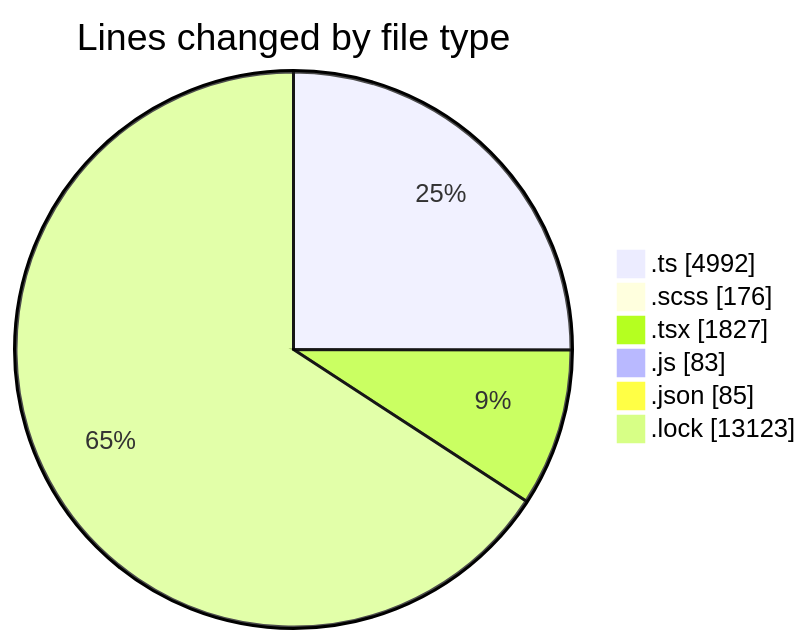
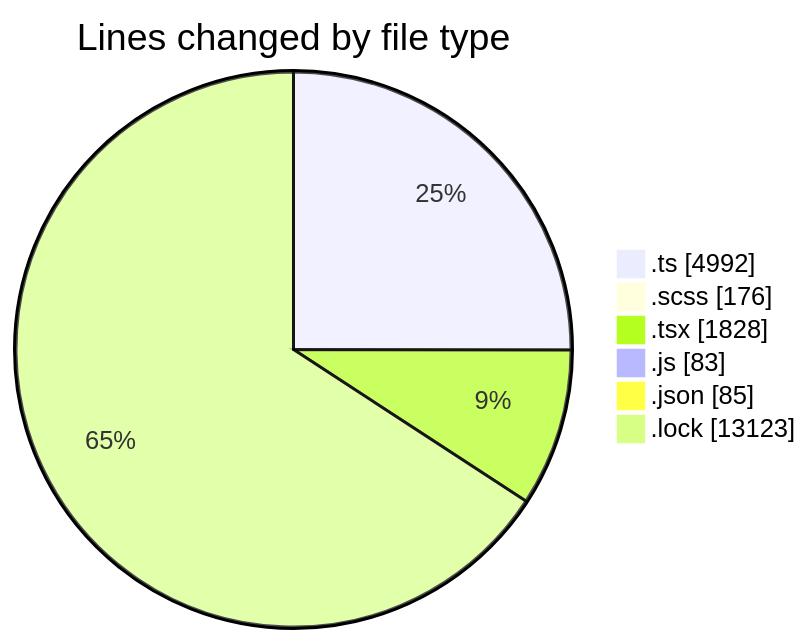
One commit to momahboobian/code-tracking changed the first of 2 diagrams in 2025-09-12/cda/README.md. Above: the diagram before and after it, drawn with Mermaid. The commit also changed other lines of this file and 1 other file, not shown here.

````diff
--- a/2025-09-12/cda/README.md
+++ b/2025-09-12/cda/README.md
@@ -34,10 +34,10 @@
 ```mermaid
 pie showData
 title Lines changed by file type
 ".ts" : 4992
 ".scss" : 176
-".tsx" : 1827
+".tsx" : 1828
 ".js" : 83
 ".json" : 85
 ".lock" : 13123
 ```
````
